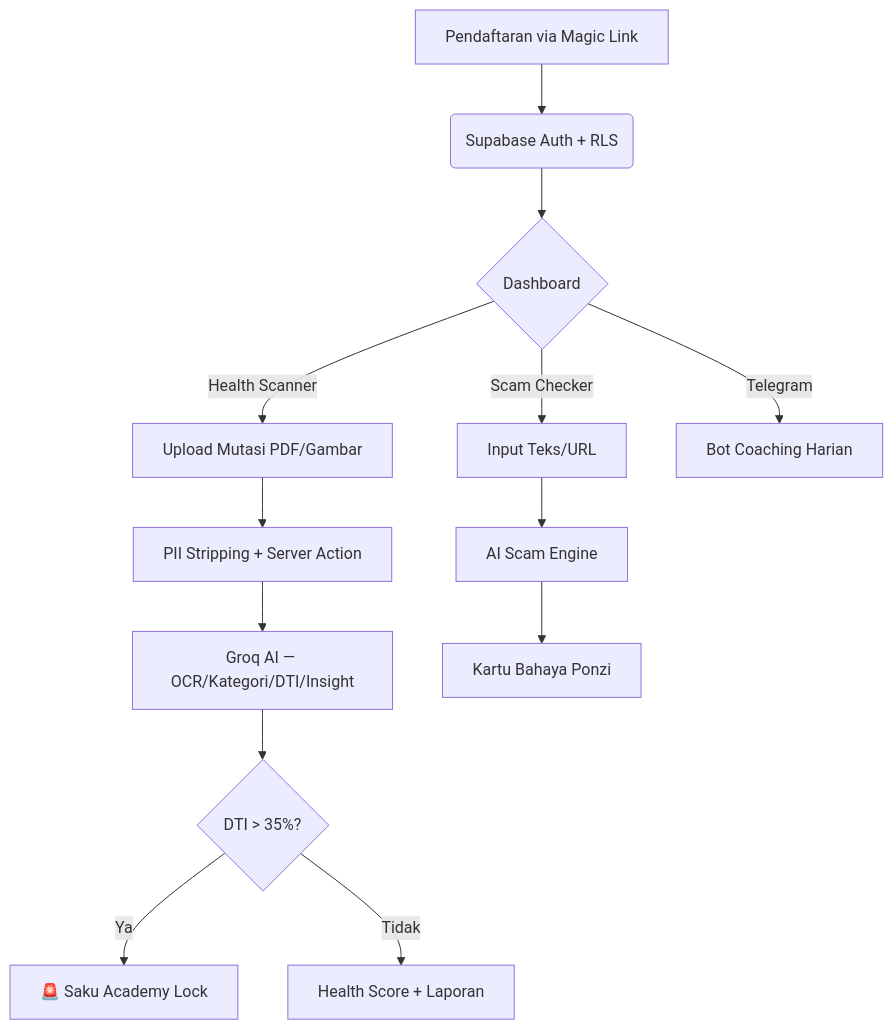
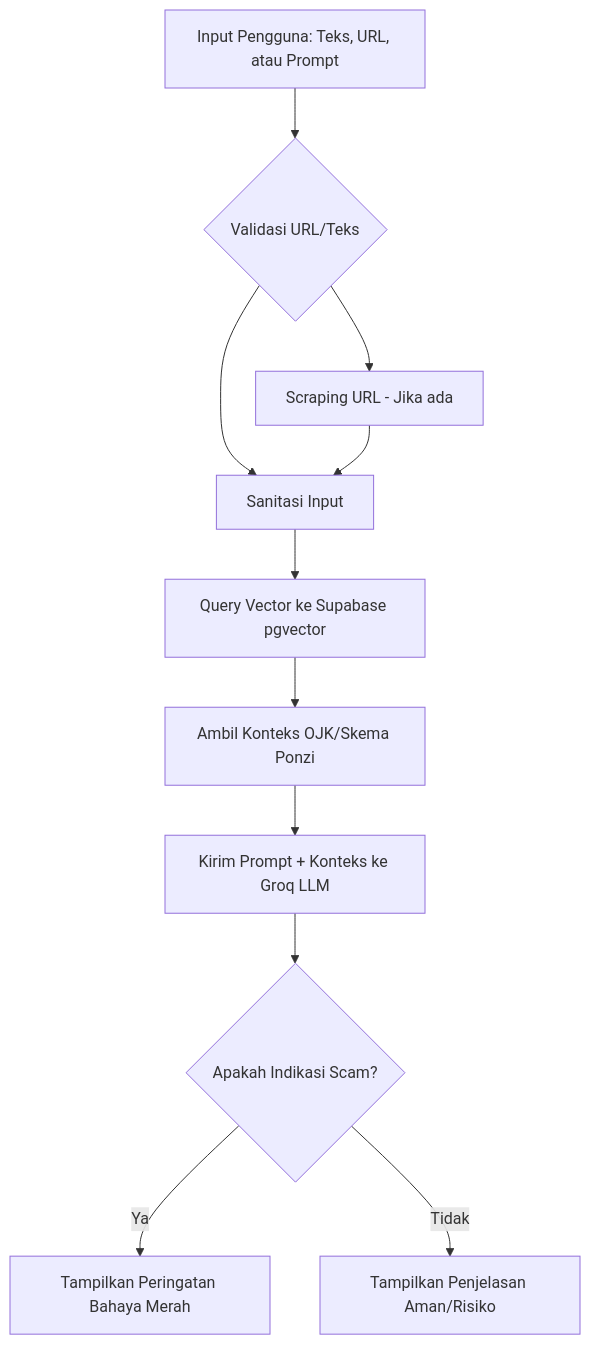
One commit to kazanaruishere-max/SafeWallet changed the third of 12 diagrams in README.md. Above: the diagram before and after it, drawn with Mermaid. The commit also changed other lines of this file and 2 other files, not shown here.

````diff
--- a/README.md
+++ b/README.md
@@ -58,18 +118,13 @@
 ```mermaid
-graph TD
-    A[Pendaftaran via Magic Link] --> B(Supabase Auth + RLS)
-    B --> C{Dashboard}
-
-    C -->|Health Scanner| D[Upload Mutasi PDF/Gambar]
-    D --> E[PII Stripping + Server Action]
-    E --> F[Groq AI — OCR/Kategori/DTI/Insight]
-    F --> G{DTI > 35%?}
-    G -- Ya --> H[🚨 Saku Academy Lock]
-    G -- Tidak --> I[Health Score + Laporan]
-
-    C -->|Scam Checker| J[Input Teks/URL]
-    J --> K[AI Scam Engine]
-    K --> L[Kartu Bahaya Ponzi]
-
-    C -->|Telegram| M[Bot Coaching Harian]
+flowchart TD
+    A[Input Pengguna: Teks, URL, atau Prompt] --> B{Validasi URL/Teks}
+    B --> C[Scraping URL - Jika ada]
+    B --> D[Sanitasi Input]
+    C --> D
+    D --> E[Query Vector ke Supabase pgvector]
+    E --> F[Ambil Konteks OJK/Skema Ponzi]
+    F --> G[Kirim Prompt + Konteks ke Groq LLM]
+    G --> H{Apakah Indikasi Scam?}
+    H -- Ya --> I[Tampilkan Peringatan Bahaya Merah]
+    H -- Tidak --> J[Tampilkan Penjelasan Aman/Risiko]
 ```
````
